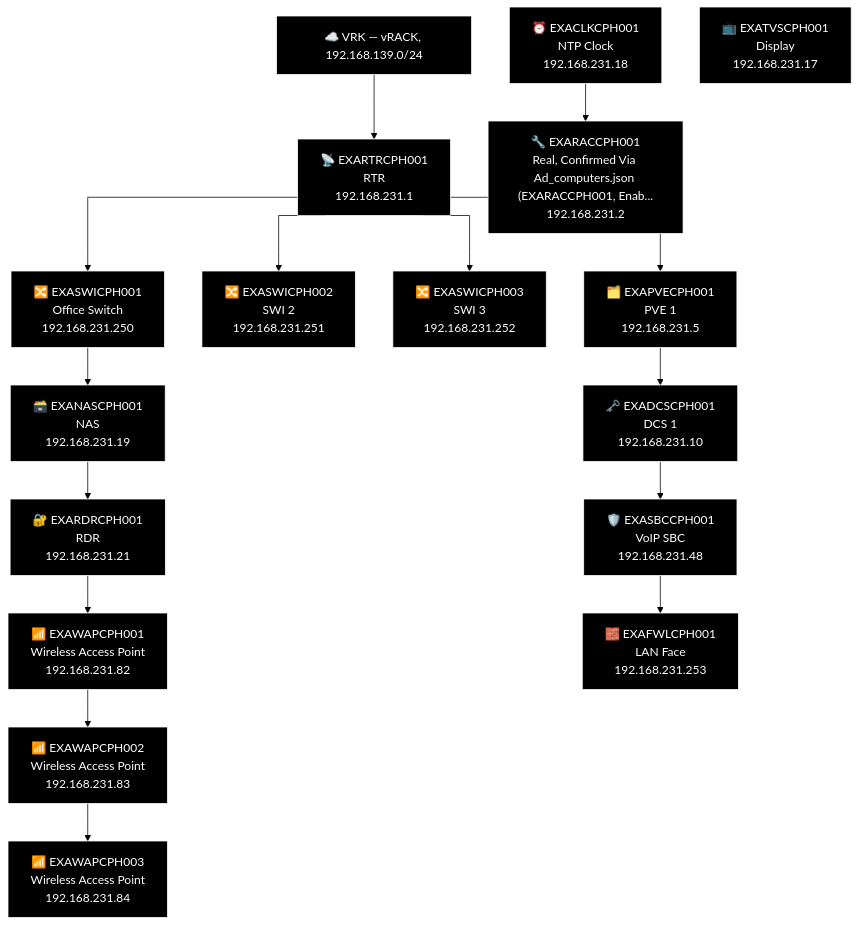
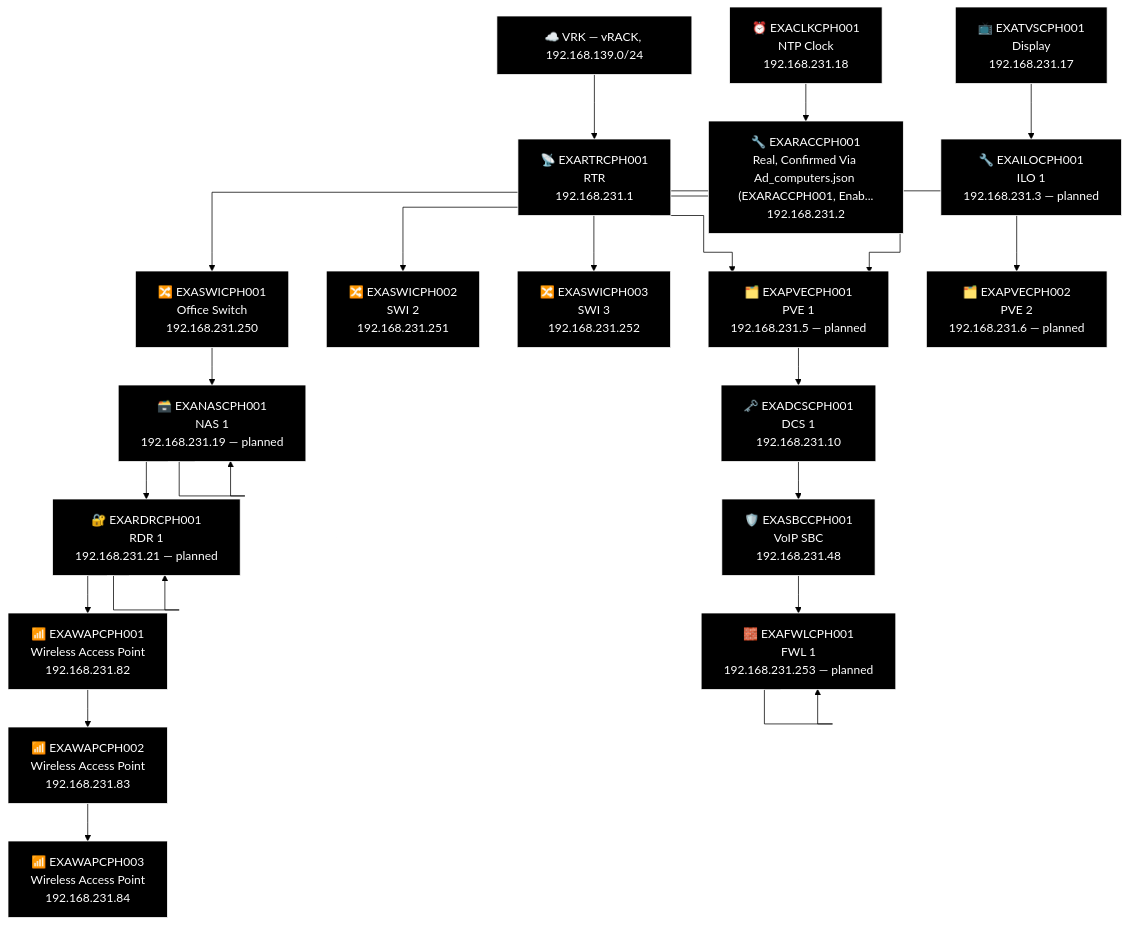
The third of 23 diagrams in docs/network-diagram/danmark.md (knightmare2600/example_music_infra), drawn with Mermaid (forest theme) before and after one commit. The commit also changed other lines of this file and 12 other files, not shown here.

````diff
--- a/docs/network-diagram/danmark.md
+++ b/docs/network-diagram/danmark.md
@@ -96,48 +96,63 @@
 ```mermaid
 %% GENERATED:TOPOLOGY:CPH:START
 %%{init: {'flowchart': {'curve': 'stepAfter'}}}%%
 graph TD
     T_VRK["☁️ VRK — vRACK, 192.168.139.0/24"]
     T_RTR["📡 EXARTRCPH001<br/>RTR<br/>192.168.231.1"]
     T_VRK --> T_RTR
     T_PVE["🗂️ EXAPVECPH001<br/>PVE 1<br/>192.168.231.5"]
     T_RTR --> T_PVE
     T_SWI["🔀 EXASWICPH002<br/>SWI 2<br/>192.168.231.251"]
     T_RTR --> T_SWI
     T_SWI2["🔀 EXASWICPH003<br/>SWI 3<br/>192.168.231.252"]
     T_RTR --> T_SWI2
     T_SWI3["🔀 EXASWICPH001<br/>Office Switch<br/>192.168.231.250"]
     T_RTR --> T_SWI3
+    T_PVE["🗂️ EXAPVECPH001<br/>PVE 1<br/>192.168.231.5 — planned"]
+    T_RTR --> T_PVE
+    T_PVE2["🗂️ EXAPVECPH002<br/>PVE 2<br/>192.168.231.6 — planned"]
+    T_RTR --> T_PVE2
     T_NAS["🗃️ EXANASCPH001<br/>NAS<br/>192.168.231.19"]
+    T_NAS["🗃️ EXANASCPH001<br/>NAS 1<br/>192.168.231.19 — planned"]
     T_RDR["🔐 EXARDRCPH001<br/>RDR<br/>192.168.231.21"]
+    T_RDR["🔐 EXARDRCPH001<br/>RDR 1<br/>192.168.231.21 — planned"]
     T_WAP["📶 EXAWAPCPH001<br/>Wireless Access Point<br/>192.168.231.82"]
     T_WAP2["📶 EXAWAPCPH002<br/>Wireless Access Point<br/>192.168.231.83"]
     T_WAP3["📶 EXAWAPCPH003<br/>Wireless Access Point<br/>192.168.231.84"]
-    T_SWI3 --> T_NAS --> T_RDR --> T_WAP --> T_WAP2 --> T_WAP3
+    T_SWI3 --> T_NAS --> T_NAS --> T_RDR --> T_RDR --> T_WAP --> T_WAP2 --> T_WAP3
     T_DCS["🗝️ EXADCSCPH001<br/>DCS 1<br/>192.168.231.10"]
     T_SBC["🛡️ EXASBCCPH001<br/>VoIP SBC<br/>192.168.231.48"]
     T_FWL["🧱 EXAFWLCPH001<br/>LAN Face<br/>192.168.231.253"]
-    T_PVE --> T_DCS --> T_SBC --> T_FWL
+    T_FWL["🧱 EXAFWLCPH001<br/>FWL 1<br/>192.168.231.253 — planned"]
+    T_PVE --> T_DCS --> T_SBC --> T_FWL --> T_FWL
     T_CLK["⏰ EXACLKCPH001<br/>NTP Clock<br/>192.168.231.18"]
     T_TVS["📺 EXATVSCPH001<br/>Display<br/>192.168.231.17"]
     T_RAC["🔧 EXARACCPH001<br/>Real, Confirmed Via Ad_computers.json (EXARACCPH001, Enab...<br/>192.168.231.2"]
+    T_ILO["🔧 EXAILOCPH001<br/>ILO 1<br/>192.168.231.3 — planned"]
     T_CLK --> T_RAC
+    T_TVS --> T_ILO
     style T_VRK fill:#000000,stroke:#FFFFFF,color:#FFFFFF
     style T_RTR fill:#000000,stroke:#FFFFFF,color:#FFFFFF
     style T_PVE fill:#000000,stroke:#FFFFFF,color:#FFFFFF
     style T_SWI fill:#000000,stroke:#FFFFFF,color:#FFFFFF
     style T_SWI2 fill:#000000,stroke:#FFFFFF,color:#FFFFFF
     style T_SWI3 fill:#000000,stroke:#FFFFFF,color:#FFFFFF
+    style T_PVE fill:#000000,stroke:#FFFFFF,color:#FFFFFF
+    style T_PVE2 fill:#000000,stroke:#FFFFFF,color:#FFFFFF
     style T_NAS fill:#000000,stroke:#FFFFFF,color:#FFFFFF
+    style T_NAS fill:#000000,stroke:#FFFFFF,color:#FFFFFF
+    style T_RDR fill:#000000,stroke:#FFFFFF,color:#FFFFFF
     style T_RDR fill:#000000,stroke:#FFFFFF,color:#FFFFFF
     style T_WAP fill:#000000,stroke:#FFFFFF,color:#FFFFFF
     style T_WAP2 fill:#000000,stroke:#FFFFFF,color:#FFFFFF
     style T_WAP3 fill:#000000,stroke:#FFFFFF,color:#FFFFFF
     style T_DCS fill:#000000,stroke:#FFFFFF,color:#FFFFFF
     style T_SBC fill:#000000,stroke:#FFFFFF,color:#FFFFFF
     style T_FWL fill:#000000,stroke:#FFFFFF,color:#FFFFFF
+    style T_FWL fill:#000000,stroke:#FFFFFF,color:#FFFFFF
     style T_CLK fill:#000000,stroke:#FFFFFF,color:#FFFFFF
     style T_TVS fill:#000000,stroke:#FFFFFF,color:#FFFFFF
     style T_RAC fill:#000000,stroke:#FFFFFF,color:#FFFFFF
+    style T_ILO fill:#000000,stroke:#FFFFFF,color:#FFFFFF
 %% GENERATED:TOPOLOGY:CPH:END
 ```
````
